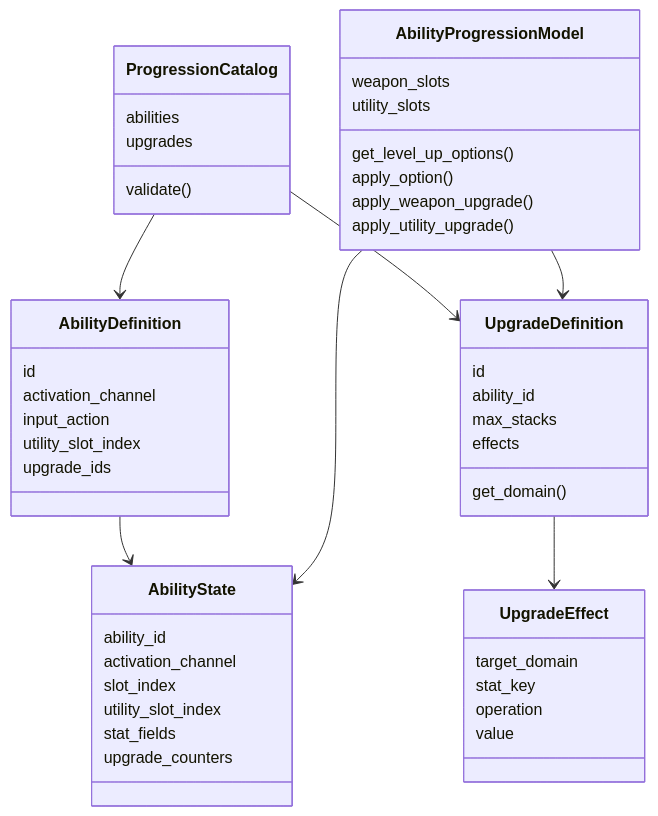
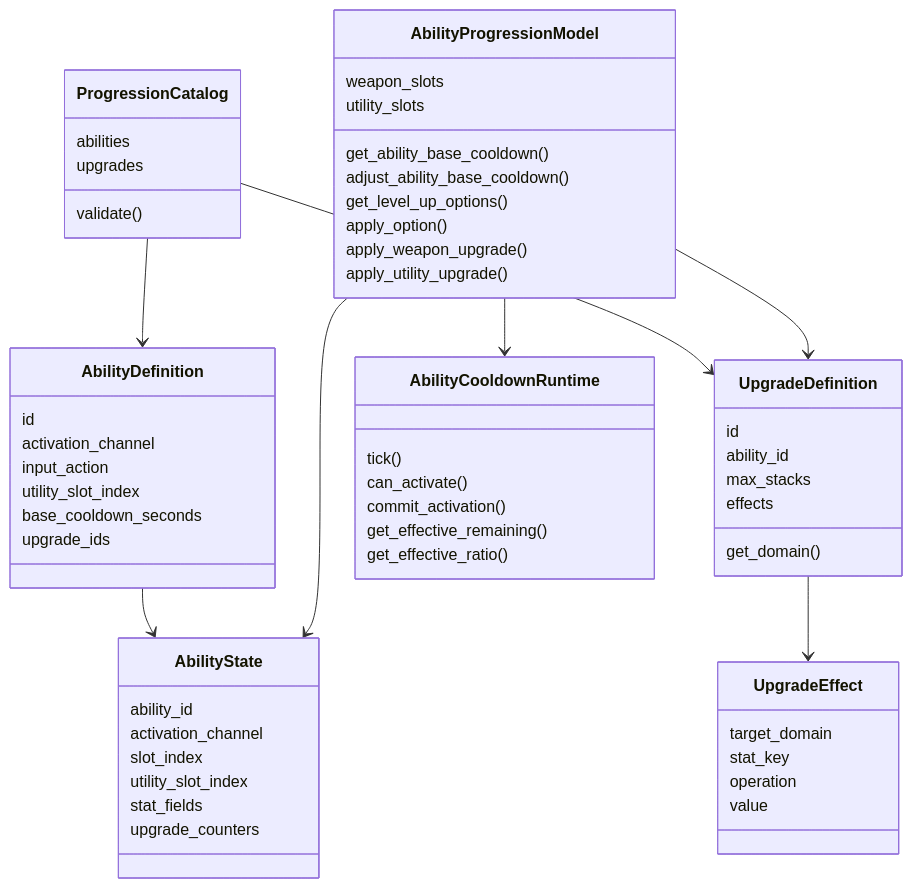
One commit to mp1707/godot-survivors-game changed the fifth of 9 diagrams in ARCHITECTURE.md. Above: the diagram before and after it, drawn with Mermaid. The commit also changed other lines of this file and 20 other files, not shown here.

Commit message:
feat: implement ability cooldown system with runtime tracking and UI overlays

````diff
--- a/ARCHITECTURE.md
+++ b/ARCHITECTURE.md
@@ -129,51 +138,62 @@
 ```mermaid
 classDiagram
     class ProgressionCatalog {
       abilities
       upgrades
       validate()
     }
     class AbilityDefinition {
       id
       activation_channel
       input_action
       utility_slot_index
+      base_cooldown_seconds
       upgrade_ids
     }
     class AbilityState {
       ability_id
       activation_channel
       slot_index
       utility_slot_index
       stat_fields
       upgrade_counters
     }
     class UpgradeDefinition {
       id
       ability_id
       max_stacks
       effects
       get_domain()
     }
     class UpgradeEffect {
       target_domain
       stat_key
       operation
       value
     }
     class AbilityProgressionModel {
       weapon_slots
       utility_slots
+      get_ability_base_cooldown()
+      adjust_ability_base_cooldown()
       get_level_up_options()
       apply_option()
       apply_weapon_upgrade()
       apply_utility_upgrade()
+    }
+    class AbilityCooldownRuntime {
+      tick()
+      can_activate()
+      commit_activation()
+      get_effective_remaining()
+      get_effective_ratio()
     }
 
     ProgressionCatalog --> AbilityDefinition
     ProgressionCatalog --> UpgradeDefinition
     AbilityDefinition --> AbilityState
     UpgradeDefinition --> UpgradeEffect
     AbilityProgressionModel --> AbilityState
     AbilityProgressionModel --> UpgradeDefinition
+    AbilityProgressionModel --> AbilityCooldownRuntime
 ```
````
